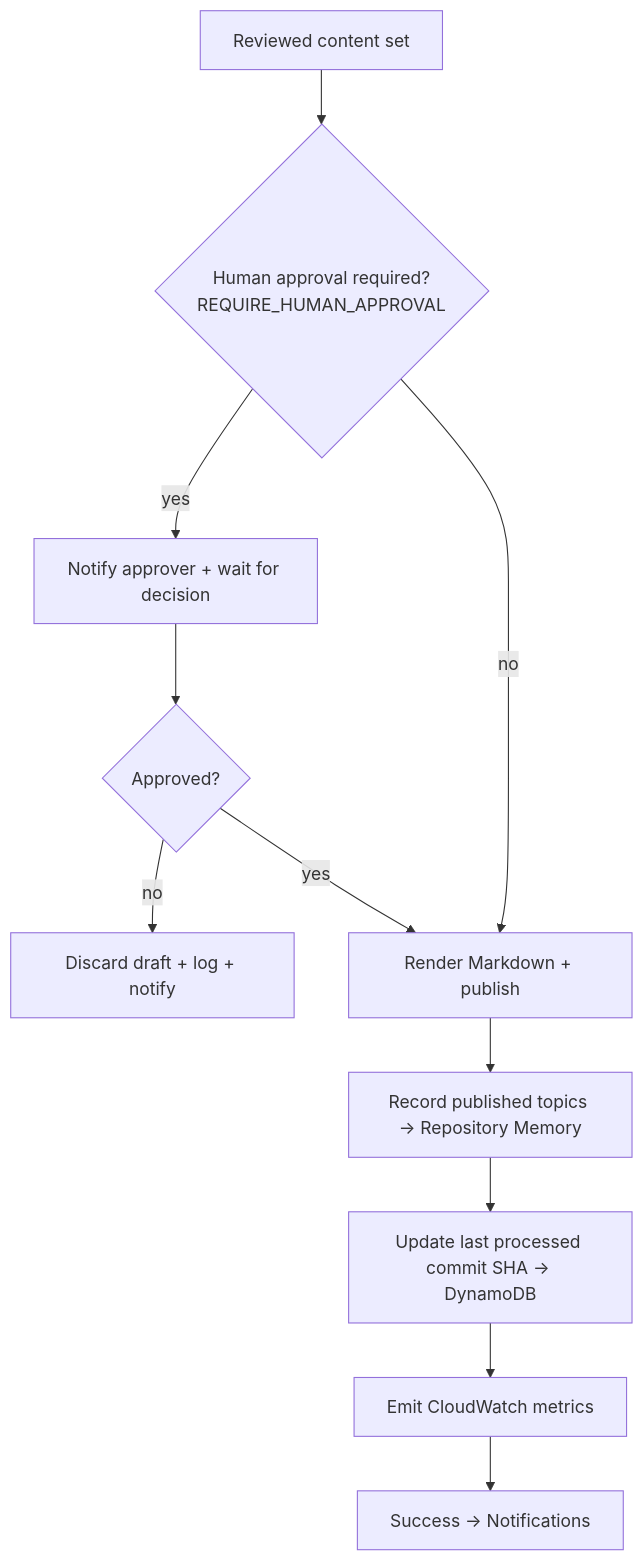
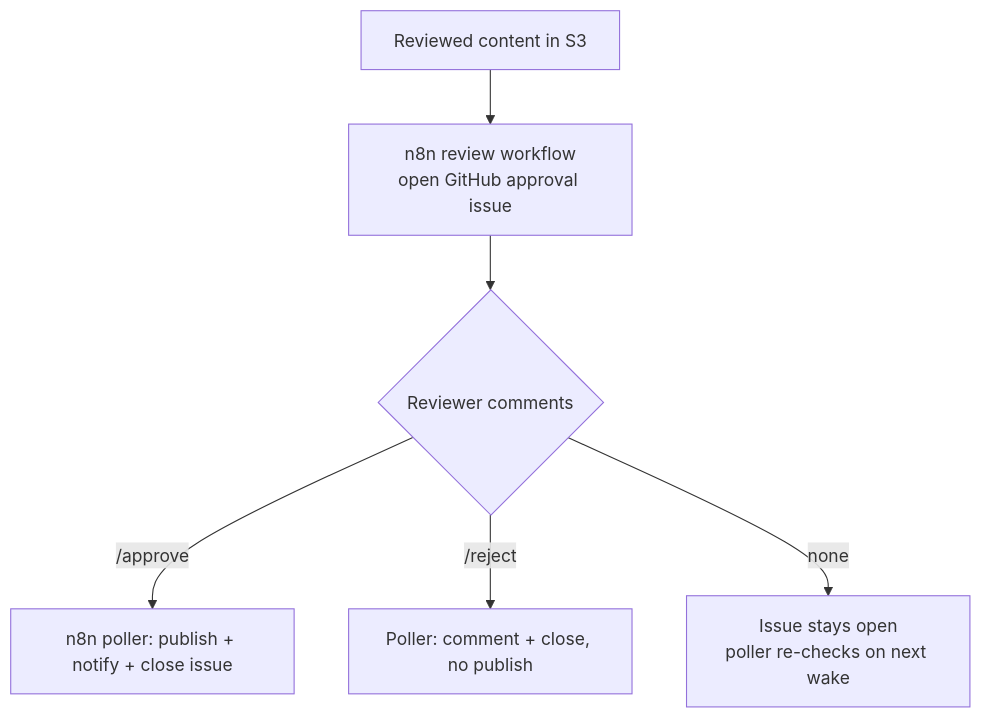
The ninth of 10 diagrams in docs/workflows.md (teddynted/ai-github-repository-blog-generator), drawn with Mermaid before and after one commit. The commit also changed other lines of this file and 2 other files, not shown here.

First line of the commit message:
docs: reflect serverless (Fargate) generation + n8n-owned approval stack (#190)

````diff
--- a/docs/workflows.md
+++ b/docs/workflows.md
@@ -215,13 +211,8 @@
 ```mermaid
 flowchart TB
-    C[Reviewed content set] --> G{Human approval required?<br/>REQUIRE_HUMAN_APPROVAL}
-    G -- yes --> WAIT[Notify approver + wait for decision]
-    WAIT --> DEC{Approved?}
-    DEC -- no --> REJ[Discard draft + log + notify]
-    DEC -- yes --> PUB
-    G -- no --> PUB[Render Markdown + publish]
-    PUB --> REC[Record published topics → Repository Memory]
-    REC --> SHA[Update last processed commit SHA → DynamoDB]
-    SHA --> ME[Emit CloudWatch metrics]
-    ME --> OK[Success → Notifications]
+    RV[Reviewed content in S3] --> ISS[n8n review workflow<br/>open GitHub approval issue]
+    ISS --> HUM{Reviewer comments}
+    HUM -- /approve --> PUB[n8n poller: publish + notify + close issue]
+    HUM -- /reject --> REJ[Poller: comment + close, no publish]
+    HUM -- none --> WAIT[Issue stays open<br/>poller re-checks on next wake]
 ```
````
